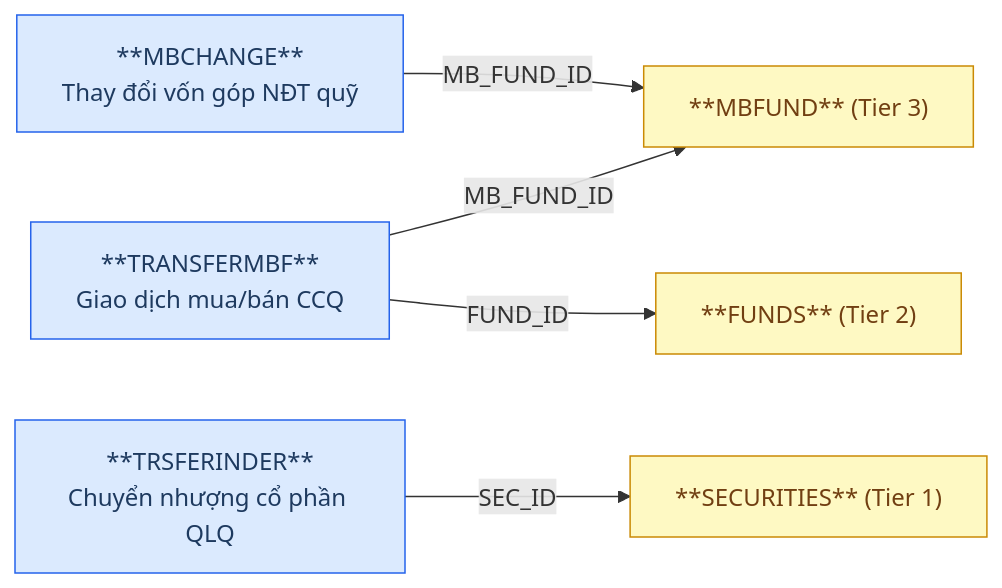
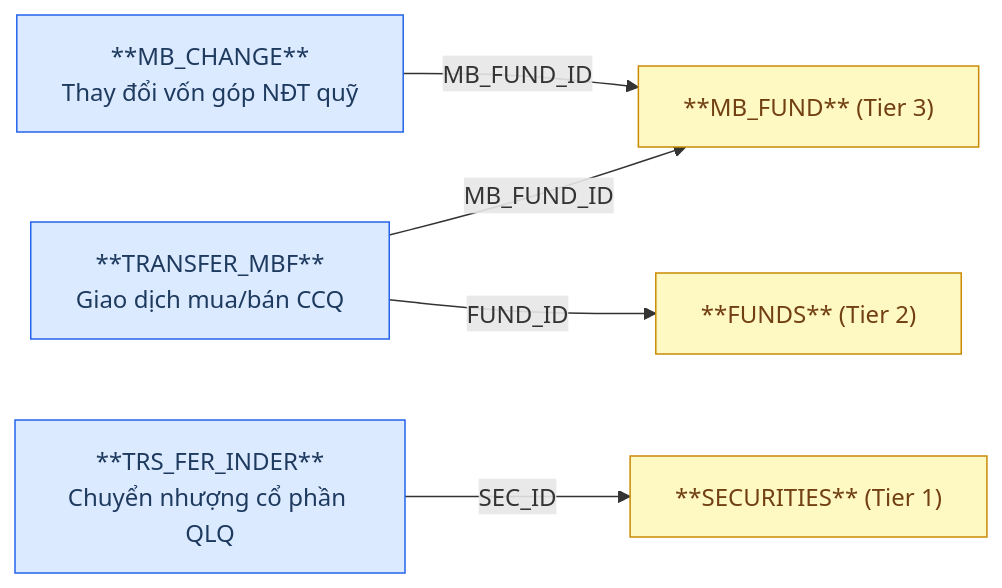
One commit to linhlvit/ubck_atomic_design changed the first of 2 diagrams in DataModel/working/Atomic/hld/FMS_HLD_Tier4.md. Above: the diagram before and after it, drawn with Mermaid. The commit also changed other lines of this file and 9 other files, not shown here.

````diff
--- a/DataModel/working/Atomic/hld/FMS_HLD_Tier4.md
+++ b/DataModel/working/Atomic/hld/FMS_HLD_Tier4.md
@@ -23,18 +23,18 @@
 ```mermaid
 graph LR
     classDef src fill:#dbeafe,stroke:#2563eb,color:#1e3a5f
     classDef outscope fill:#fef9c3,stroke:#ca8a04,color:#713f12
 
-    MBCHANGE["**MBCHANGE**\nThay đổi vốn góp NĐT quỹ"]:::src
-    TRANSFERMBF["**TRANSFERMBF**\nGiao dịch mua/bán CCQ"]:::src
-    TRSFERINDER["**TRSFERINDER**\nChuyển nhượng cổ phần QLQ"]:::src
+    MB_CHANGE["**MB_CHANGE**\nThay đổi vốn góp NĐT quỹ"]:::src
+    TRANSFER_MBF["**TRANSFER_MBF**\nGiao dịch mua/bán CCQ"]:::src
+    TRS_FER_INDER["**TRS_FER_INDER**\nChuyển nhượng cổ phần QLQ"]:::src
 
-    MBFUND["**MBFUND** (Tier 3)"]:::outscope
+    MB_FUND["**MB_FUND** (Tier 3)"]:::outscope
     FUNDS["**FUNDS** (Tier 2)"]:::outscope
     SECURITIES["**SECURITIES** (Tier 1)"]:::outscope
 
-    MBCHANGE -->|"MB_FUND_ID"| MBFUND
-    TRANSFERMBF -->|"FUND_ID"| FUNDS
-    TRANSFERMBF -->|"MB_FUND_ID"| MBFUND
-    TRSFERINDER -->|"SEC_ID"| SECURITIES
+    MB_CHANGE -->|"MB_FUND_ID"| MB_FUND
+    TRANSFER_MBF -->|"FUND_ID"| FUNDS
+    TRANSFER_MBF -->|"MB_FUND_ID"| MB_FUND
+    TRS_FER_INDER -->|"SEC_ID"| SECURITIES
 ```
````
